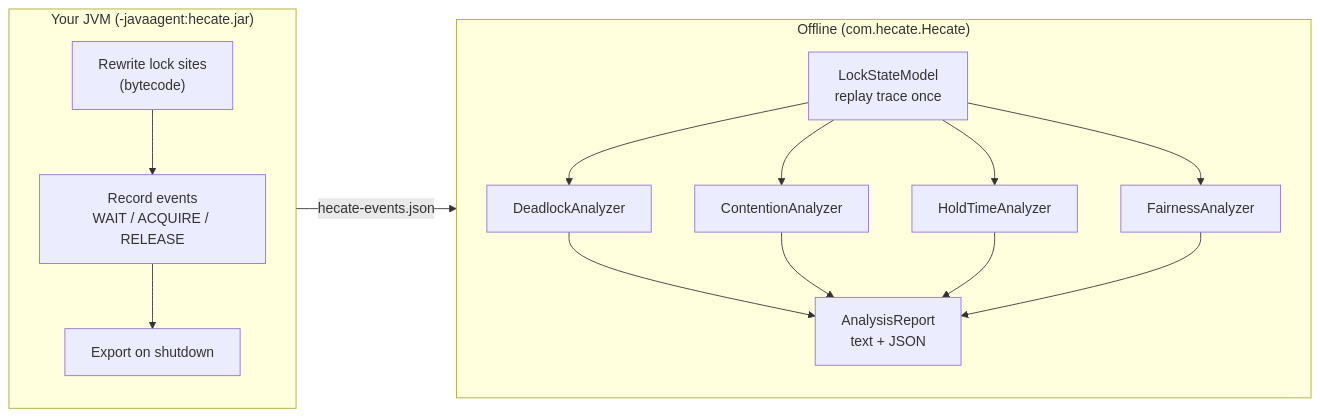
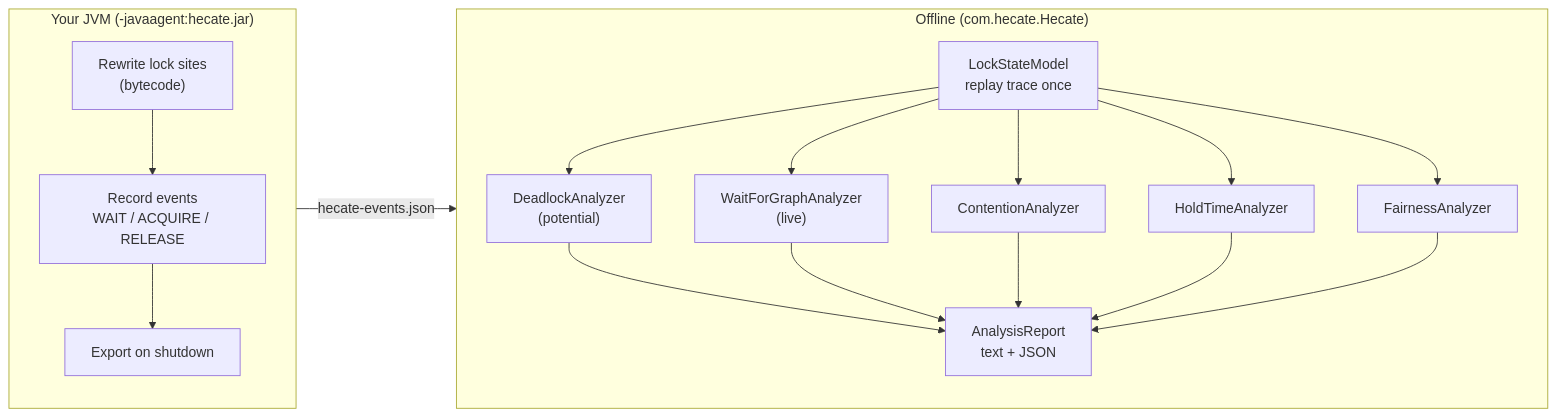
Before and after one commit to aryankhare2110/hecate: the diagram in README.md, drawn with Mermaid. The commit also changed other lines of this file, not shown here.

````diff
--- a/README.md
+++ b/README.md
@@ -126,22 +174,24 @@
 ```mermaid
 flowchart LR
     subgraph capture["Your JVM (-javaagent:hecate.jar)"]
         direction TB
         A["Rewrite lock sites<br/>(bytecode)"] --> B["Record events<br/>WAIT / ACQUIRE / RELEASE"] --> C["Export on shutdown"]
     end
 
     subgraph analysis["Offline (com.hecate.Hecate)"]
         direction TB
         M["LockStateModel<br/>replay trace once"]
-        M --> D["DeadlockAnalyzer"]
+        M --> D["DeadlockAnalyzer<br/>(potential)"]
+        M --> W["WaitForGraphAnalyzer<br/>(live)"]
         M --> N["ContentionAnalyzer"]
         M --> H["HoldTimeAnalyzer"]
         M --> F["FairnessAnalyzer"]
         D --> R["AnalysisReport<br/>text + JSON"]
+        W --> R
         N --> R
         H --> R
         F --> R
     end
 
     C -->|"hecate-events.json"| M
 ```
````
